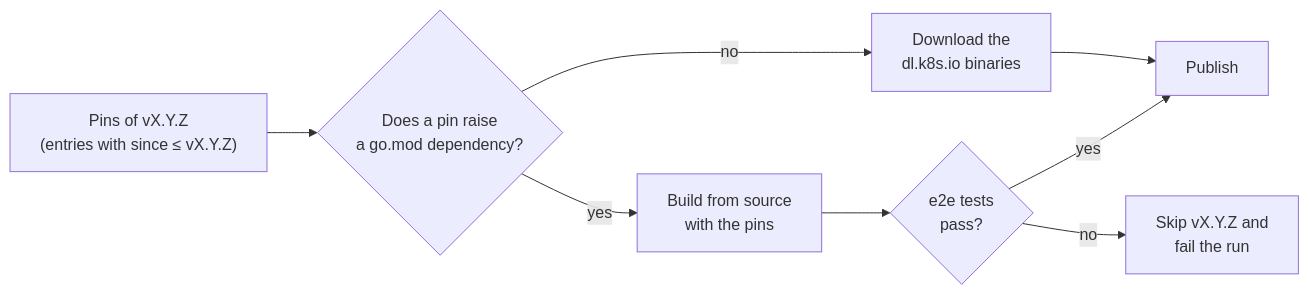
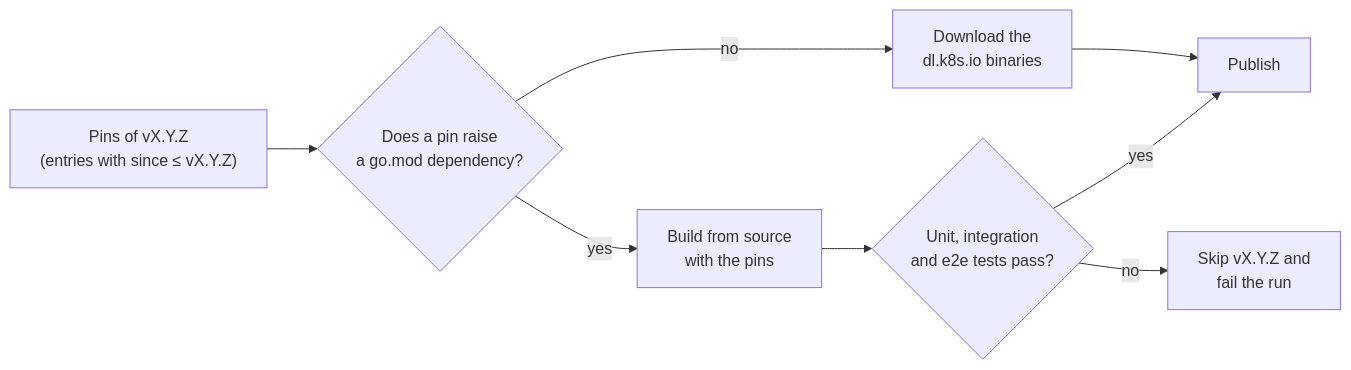
The diagram in README.md (loft-sh/kubernetes), drawn with Mermaid before and after one commit. The commit also changed other lines of this file and 4 other files, not shown here.

First line of the commit message:
feat: run the kubernetes integration tests on pins and before release

````diff
--- a/README.md
+++ b/README.md
@@ -104,8 +104,8 @@
 ```mermaid
 flowchart LR
     pins["Pins of vX.Y.Z<br/>(entries with since ≤ vX.Y.Z)"] --> raise{"Does a pin raise<br/>a go.mod dependency?"}
     raise -- no --> copy["Download the<br/>dl.k8s.io binaries"] --> publish["Publish"]
-    raise -- yes --> source["Build from source<br/>with the pins"] --> e2e{"e2e tests<br/>pass?"}
+    raise -- yes --> source["Build from source<br/>with the pins"] --> e2e{"Unit, integration<br/>and e2e tests pass?"}
     e2e -- yes --> publish
     e2e -- no --> skip["Skip vX.Y.Z and<br/>fail the run"]
 ```
````
